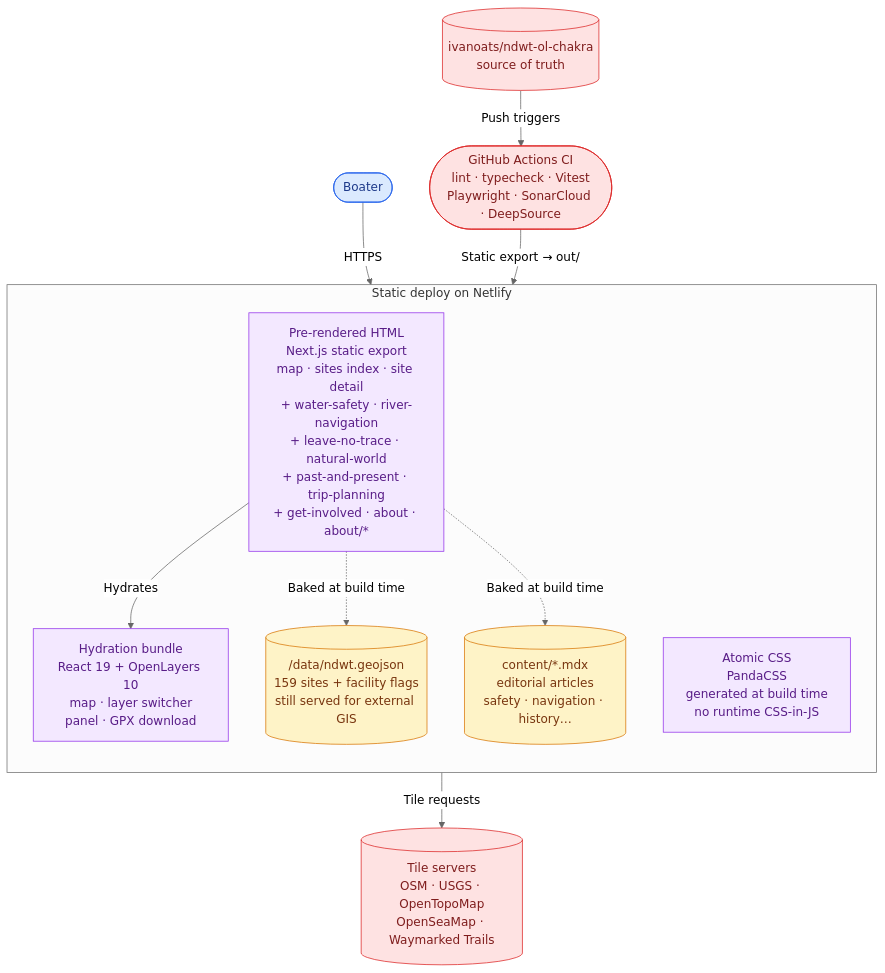
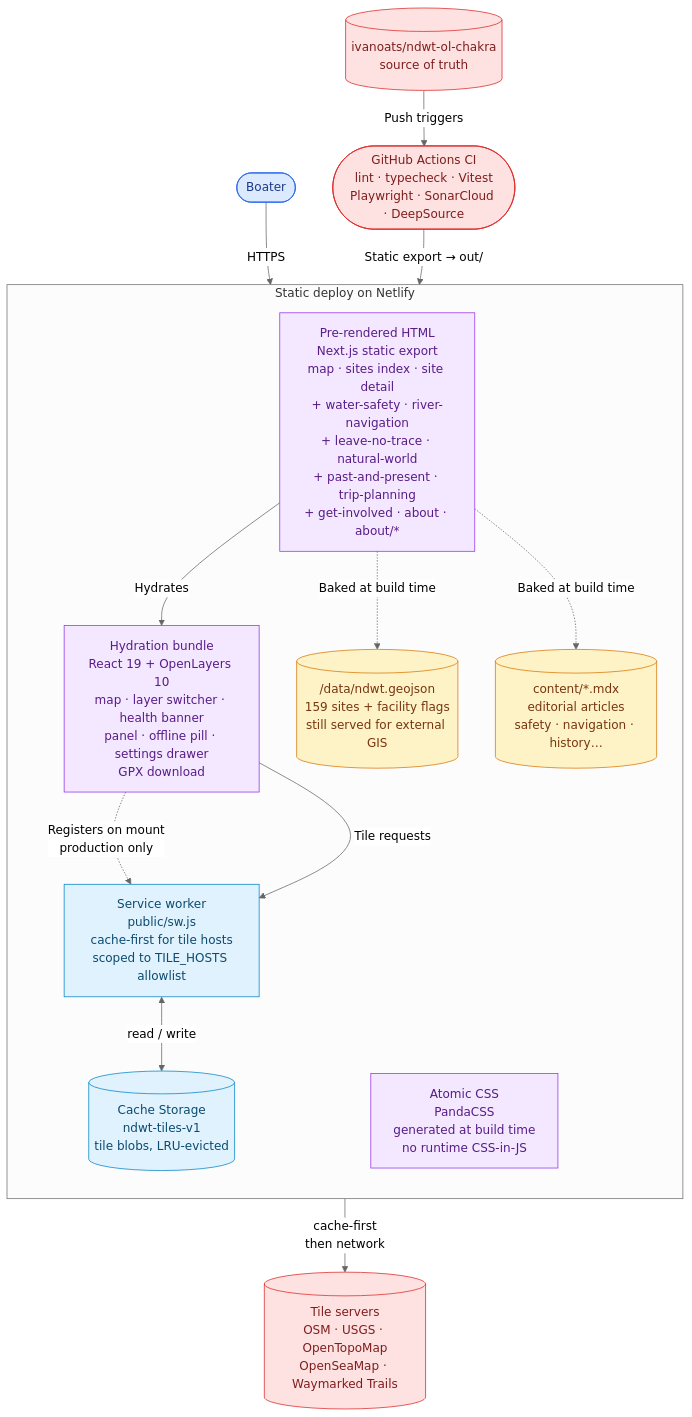
The second of 2 diagrams in docs/architecture/overview.md (ivanoats/ndwt-ol-chakra), drawn with Mermaid (neutral theme) before and after one commit. The commit also changed other lines of this file and 5 other files, not shown here.

First line of the commit message:
docs(architecture): document tile resilience (ADR 0004 + diagrams) (#72)

````diff
--- a/docs/architecture/overview.md
+++ b/docs/architecture/overview.md
@@ -50,34 +52,41 @@
 ```mermaid
 flowchart TB
   boater(["Boater"])
 
   subgraph deploy["Static deploy on Netlify"]
     direction TB
     html["Pre-rendered HTML<br/>Next.js static export<br/>map · sites index · site detail<br/>+ water-safety · river-navigation<br/>+ leave-no-trace · natural-world<br/>+ past-and-present · trip-planning<br/>+ get-involved · about · about/*"]
-    js["Hydration bundle<br/>React 19 + OpenLayers 10<br/>map · layer switcher<br/>panel · GPX download"]
+    js["Hydration bundle<br/>React 19 + OpenLayers 10<br/>map · layer switcher · health banner<br/>panel · offline pill · settings drawer<br/>GPX download"]
     css["Atomic CSS<br/>PandaCSS<br/>generated at build time<br/>no runtime CSS-in-JS"]
+    sw["Service worker<br/>public/sw.js<br/>cache-first for tile hosts<br/>scoped to TILE_HOSTS allowlist"]
+    cache[("Cache Storage<br/>ndwt-tiles-v1<br/>tile blobs, LRU-evicted")]
     data[("/data/ndwt.geojson<br/>159 sites + facility flags<br/>still served for external GIS")]
     mdx[("content/*.mdx<br/>editorial articles<br/>safety · navigation · history…")]
   end
 
   ci(["GitHub Actions CI<br/>lint · typecheck · Vitest<br/>Playwright · SonarCloud · DeepSource"])
   tiles[("Tile servers<br/>OSM · USGS · OpenTopoMap<br/>OpenSeaMap · Waymarked Trails")]
   repo[("ivanoats/ndwt-ol-chakra<br/>source of truth")]
 
   boater -->|HTTPS| html
   html -->|Hydrates| js
-  js -->|Tile requests| tiles
+  js -.->|Registers on mount<br/>production only| sw
+  js -->|Tile requests| sw
+  sw -->|cache-first<br/>then network| tiles
+  sw <-->|read / write| cache
   html -.->|Baked at build time| data
   html -.->|Baked at build time| mdx
   repo -->|Push triggers| ci
   ci -->|Static export → out/| deploy
 
   classDef container fill:#f3e8ff,stroke:#9333ea,color:#581c87;
   classDef store fill:#fef3c7,stroke:#d97706,color:#78350f;
   classDef ext fill:#fee2e2,stroke:#dc2626,color:#7f1d1d;
   classDef person fill:#dbeafe,stroke:#2563eb,color:#1e3a8a;
+  classDef resilience fill:#e0f2fe,stroke:#0284c7,color:#0c4a6e;
   class boater person
   class html,js,css container
   class data,mdx store
   class ci,tiles,repo ext
+  class sw,cache resilience
 ```
````
